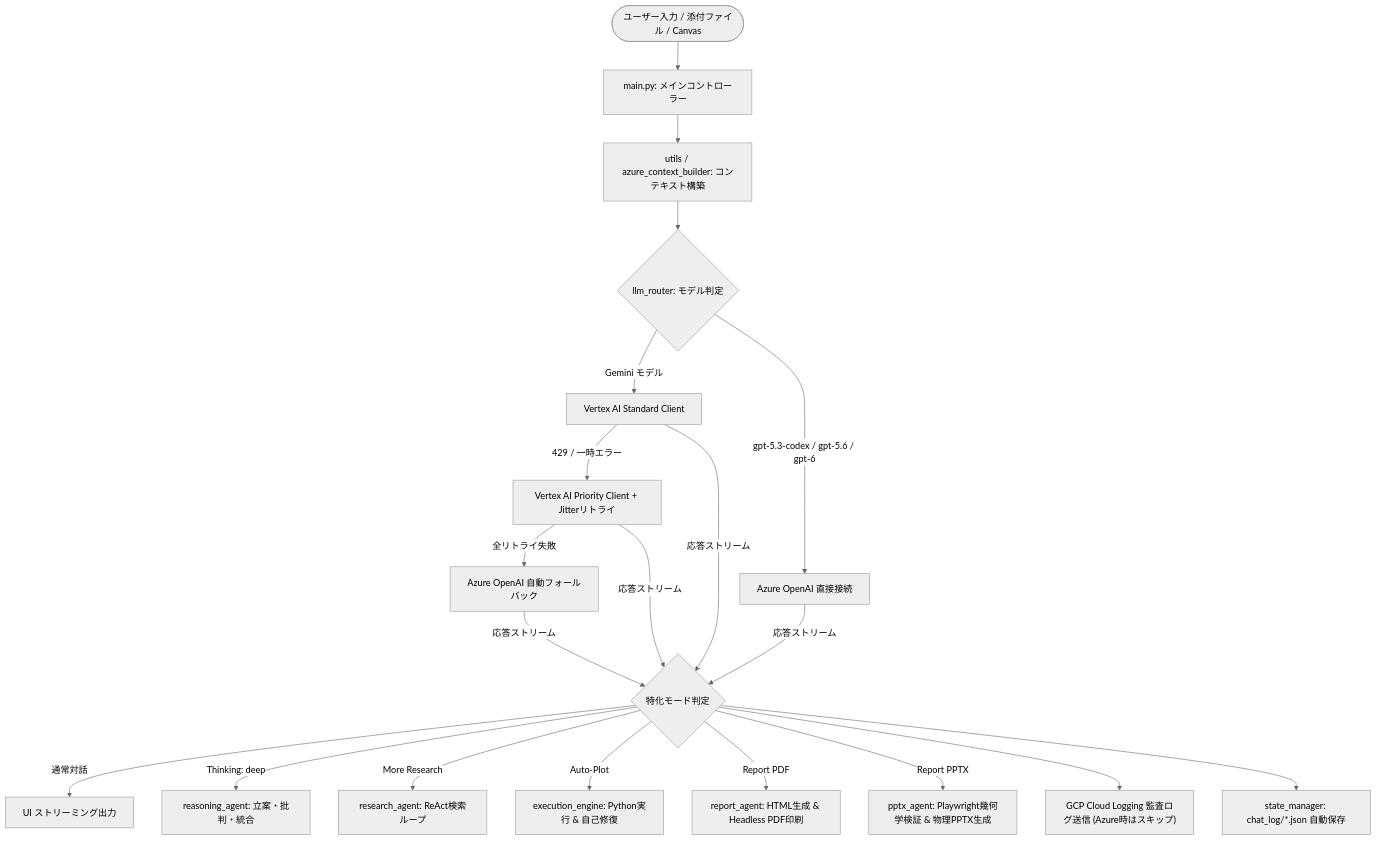
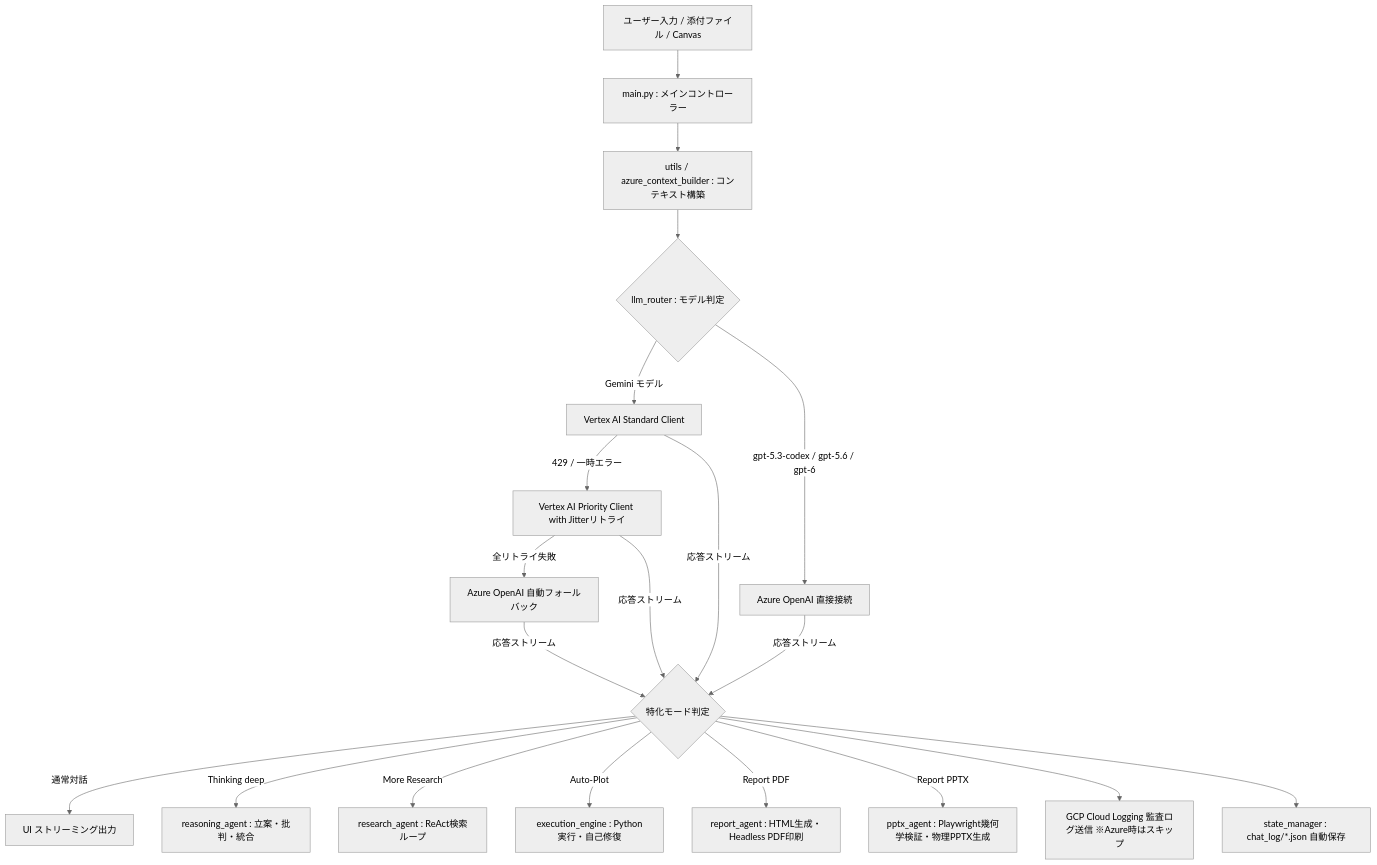
The diagram in README.md (yoichi-1984/GP-chat_With_Streamlit), drawn with Mermaid (neutral theme) before and after one commit.

Commit message:
fix(docs): README.md の Mermaid を全世代互換形式に改訂（丸括弧・記号の完全排除）

````diff
--- a/README.md
+++ b/README.md
@@ -64,27 +64,27 @@
 ```mermaid
-graph TD
-    User(["ユーザー入力 / 添付ファイル / Canvas"]) --> Main["main.py: メインコントローラー"]
-    Main --> Builder["utils / azure_context_builder: コンテキスト構築"]
+flowchart TD
+    User["ユーザー入力 / 添付ファイル / Canvas"] --> Main["main.py : メインコントローラー"]
+    Main --> Builder["utils / azure_context_builder : コンテキスト構築"]
     
-    Builder --> Router{"llm_router: モデル判定"}
-    Router -->|"Gemini モデル"| StandardClient["Vertex AI Standard Client"]
-    Router -->|"gpt-5.3-codex / gpt-5.6 / gpt-6"| AzureDirect["Azure OpenAI 直接接続"]
+    Builder --> Router{"llm_router : モデル判定"}
+    Router -->|Gemini モデル| StandardClient["Vertex AI Standard Client"]
+    Router -->|gpt-5.3-codex / gpt-5.6 / gpt-6| AzureDirect["Azure OpenAI 直接接続"]
     
-    StandardClient -->|"429 / 一時エラー"| PriorityClient["Vertex AI Priority Client + Jitterリトライ"]
-    PriorityClient -->|"全リトライ失敗"| AzureFallback["Azure OpenAI 自動フォールバック"]
+    StandardClient -->|429 / 一時エラー| PriorityClient["Vertex AI Priority Client with Jitterリトライ"]
+    PriorityClient -->|全リトライ失敗| AzureFallback["Azure OpenAI 自動フォールバック"]
     
-    StandardClient -->|"応答ストリーム"| AgentRouter{"特化モード判定"}
-    PriorityClient -->|"応答ストリーム"| AgentRouter
-    AzureDirect -->|"応答ストリーム"| AgentRouter
-    AzureFallback -->|"応答ストリーム"| AgentRouter
+    StandardClient -->|応答ストリーム| AgentRouter{"特化モード判定"}
+    PriorityClient -->|応答ストリーム| AgentRouter
+    AzureDirect -->|応答ストリーム| AgentRouter
+    AzureFallback -->|応答ストリーム| AgentRouter
     
-    AgentRouter -->|"通常対話"| StreamUI["UI ストリーミング出力"]
-    AgentRouter -->|"Thinking: deep"| DeepAgent["reasoning_agent: 立案・批判・統合"]
-    AgentRouter -->|"More Research"| ResearchAgent["research_agent: ReAct検索ループ"]
-    AgentRouter -->|"Auto-Plot"| PlotAgent["execution_engine: Python実行 & 自己修復"]
-    AgentRouter -->|"Report PDF"| PdfAgent["report_agent: HTML生成 & Headless PDF印刷"]
-    AgentRouter -->|"Report PPTX"| PptxAgent["pptx_agent: Playwright幾何学検証 & 物理PPTX生成"]
+    AgentRouter -->|通常対話| StreamUI["UI ストリーミング出力"]
+    AgentRouter -->|Thinking deep| DeepAgent["reasoning_agent : 立案・批判・統合"]
+    AgentRouter -->|More Research| ResearchAgent["research_agent : ReAct検索ループ"]
+    AgentRouter -->|Auto-Plot| PlotAgent["execution_engine : Python実行・自己修復"]
+    AgentRouter -->|Report PDF| PdfAgent["report_agent : HTML生成・Headless PDF印刷"]
+    AgentRouter -->|Report PPTX| PptxAgent["pptx_agent : Playwright幾何学検証・物理PPTX生成"]
     
-    AgentRouter --> CloudLogging["GCP Cloud Logging 監査ログ送信 (Azure時はスキップ)"]
-    AgentRouter --> AutoSave["state_manager: chat_log/*.json 自動保存"]
+    AgentRouter --> CloudLogging["GCP Cloud Logging 監査ログ送信 ※Azure時はスキップ"]
+    AgentRouter --> AutoSave["state_manager : chat_log/*.json 自動保存"]
 ```
````
